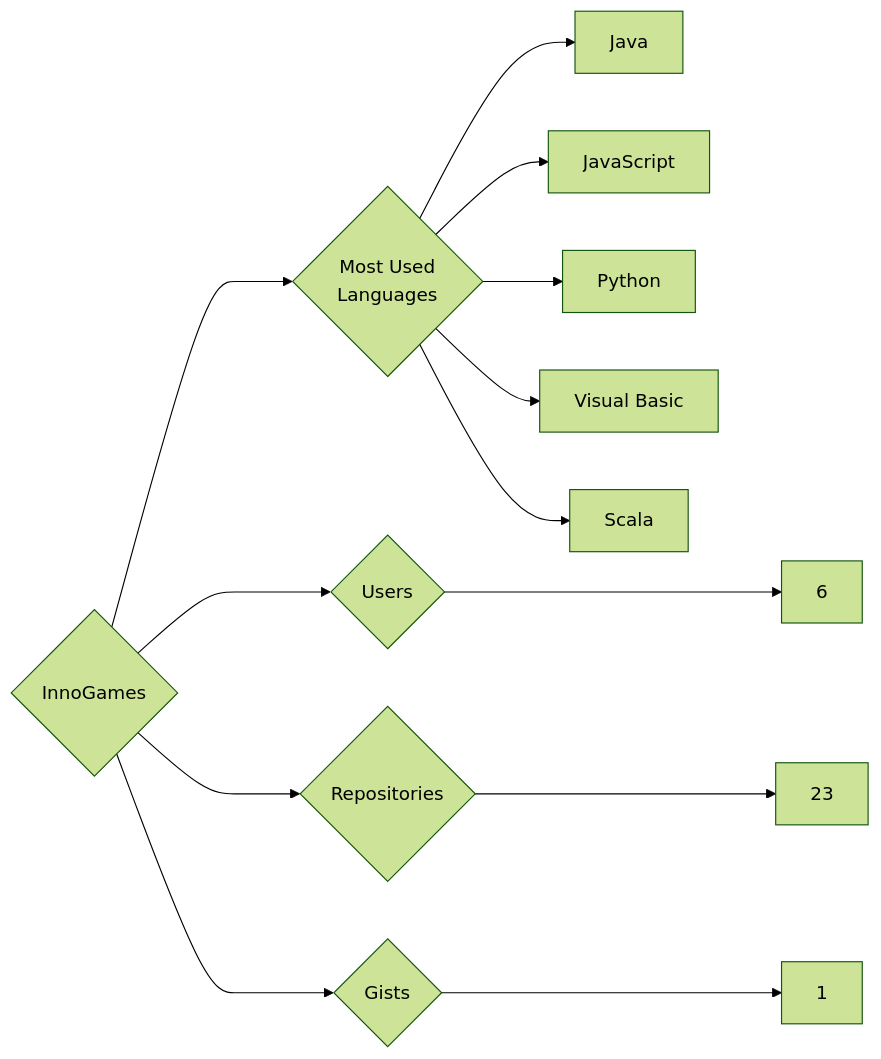
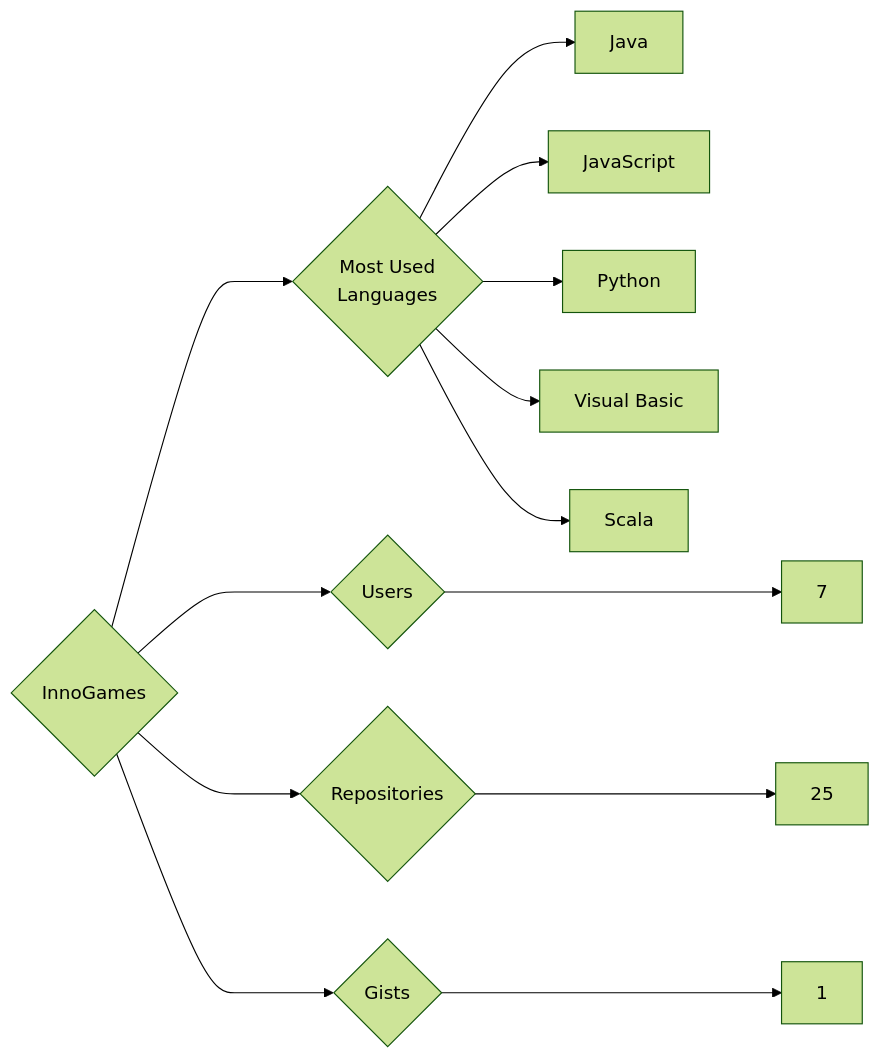
One commit to trickest/insiders changed the diagram in targets/InnoGames/README.md. Above: the diagram before and after it, drawn with Mermaid (forest theme). The commit also changed 912 other files, not shown here.

````diff
--- a/targets/InnoGames/README.md
+++ b/targets/InnoGames/README.md
@@ -3,13 +3,13 @@
 ```mermaid
 graph LR
 COMPANY_NAME{InnoGames}
-COMPANY_NAME ---> U{Users} ---> UN[6]
-COMPANY_NAME ---> R{Repositories} ---> RN[23]
+COMPANY_NAME ---> U{Users} ---> UN[7]
+COMPANY_NAME ---> R{Repositories} ---> RN[25]
 COMPANY_NAME ---> G{Gists} ---> GN[1]
 COMPANY_NAME ---> ML{Most Used<br>Languages}
 ML --> Java[Java]
 ML --> JavaScript[JavaScript]
 ML --> Python[Python]
 ML --> Visual_Basic[Visual Basic]
 ML --> Scala[Scala]
 ```
````
